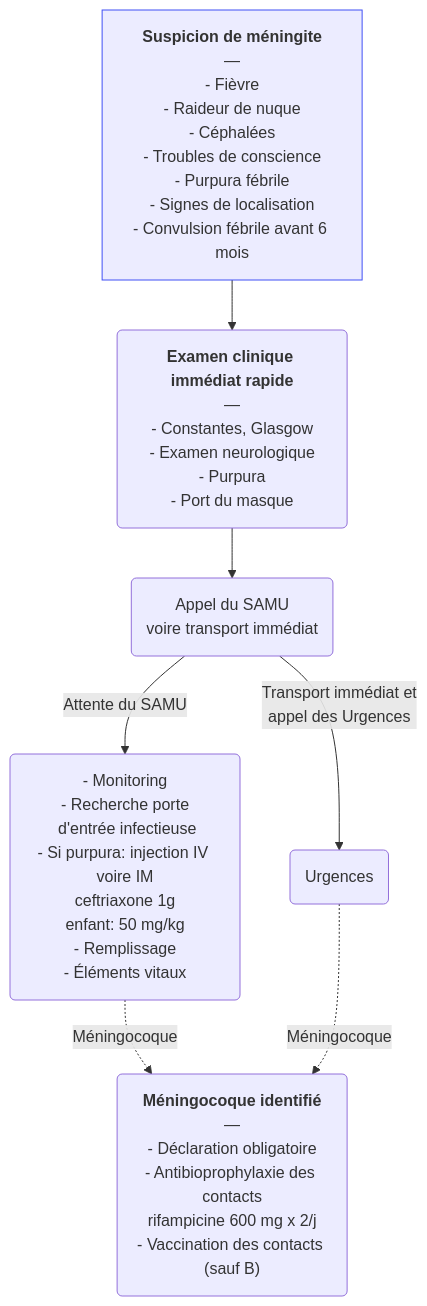
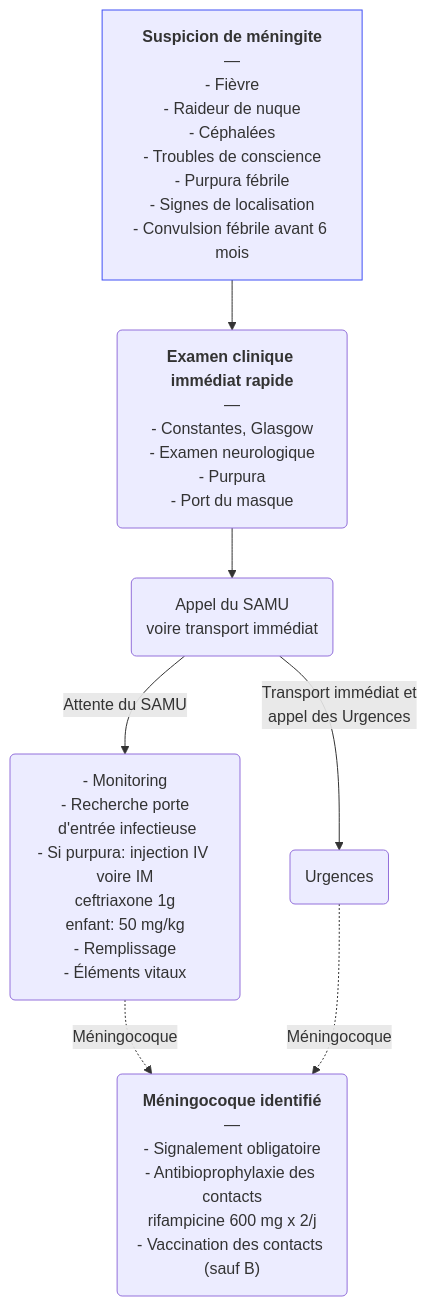
Before and after one commit to djibe/recommandations-medicales: the diagram in content/recommandations/meningite.md, drawn with Mermaid. The commit also changed other lines of this file and 16 other files, not shown here.

Commit message:
Signalement obligatoire

```diff
--- a/content/recommandations/meningite.md
+++ b/content/recommandations/meningite.md
@@ -269,6 +269,6 @@
 {{< mermaid title="Prise en charge de la méningite bactérienne par le médecin généraliste. Dr JB Fron d'après AFU et SFP 2010" >}}
 graph TB
-  suspicion["<b>Suspicion de méningite</b><br>—<br>- Fièvre<br>- Raideur de nuque<br>- Céphalées<br>- Troubles de conscience<br>- Purpura fébrile<br>- Signes de localisation<br>- Convulsion fébrile avant 6 mois"] --> clinique("<b>Examen clinique immédiat rapide</b><br>—<br>- Constantes, Glasgow<br>- Examen neurologique<br>- Purpura<br>- Port du masque") --> appel("Appel du SAMU<br>voire transport immédiat") -- Attente du SAMU --> SAMU("- Monitoring<br>- Recherche porte<br> d'entrée infectieuse<br>- Si purpura: injection IV voire IM<br>ceftriaxone 1g<br>enfant: 50 mg/kg<br>- Remplissage<br>- Éléments vitaux") -. Méningocoque .-> méningocoque("<b>Méningocoque identifié</b><br>—<br>- Déclaration obligatoire<br>- Antibioprophylaxie des contacts<br>rifampicine 600 mg x 2/j<br>- Vaccination des contacts (sauf B)")
+  suspicion["<b>Suspicion de méningite</b><br>—<br>- Fièvre<br>- Raideur de nuque<br>- Céphalées<br>- Troubles de conscience<br>- Purpura fébrile<br>- Signes de localisation<br>- Convulsion fébrile avant 6 mois"] --> clinique("<b>Examen clinique immédiat rapide</b><br>—<br>- Constantes, Glasgow<br>- Examen neurologique<br>- Purpura<br>- Port du masque") --> appel("Appel du SAMU<br>voire transport immédiat") -- Attente du SAMU --> SAMU("- Monitoring<br>- Recherche porte<br> d'entrée infectieuse<br>- Si purpura: injection IV voire IM<br>ceftriaxone 1g<br>enfant: 50 mg/kg<br>- Remplissage<br>- Éléments vitaux") -. Méningocoque .-> méningocoque("<b>Méningocoque identifié</b><br>—<br>- Signalement obligatoire<br>- Antibioprophylaxie des contacts<br>rifampicine 600 mg x 2/j<br>- Vaccination des contacts (sauf B)")
     appel -- "Transport immédiat et<br>appel des Urgences" --> Urgences(Urgences) -. Méningocoque .-> méningocoque
   style suspicion stroke:#4150f5, stroke-width:1px
 {{< /mermaid >}}
```
